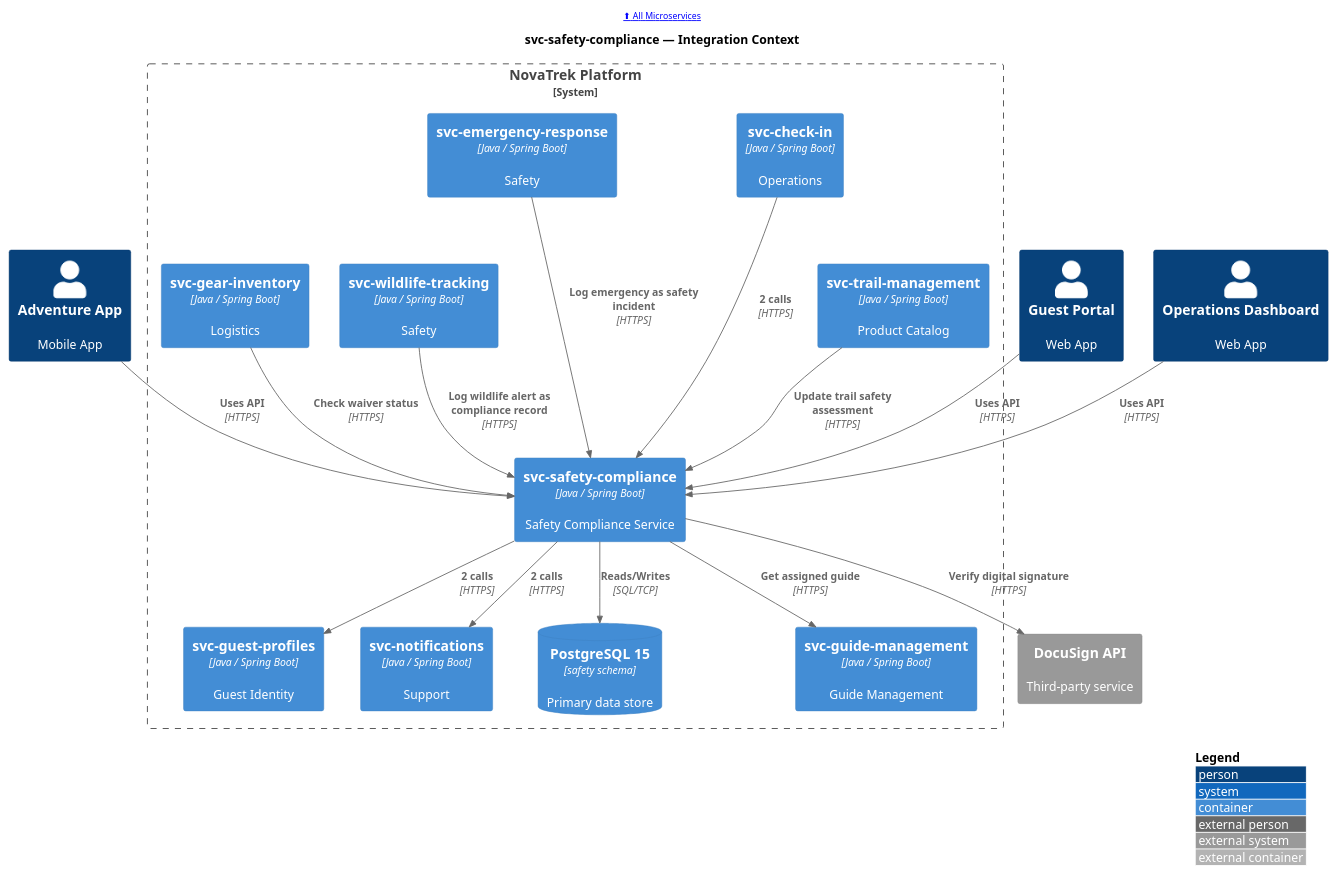
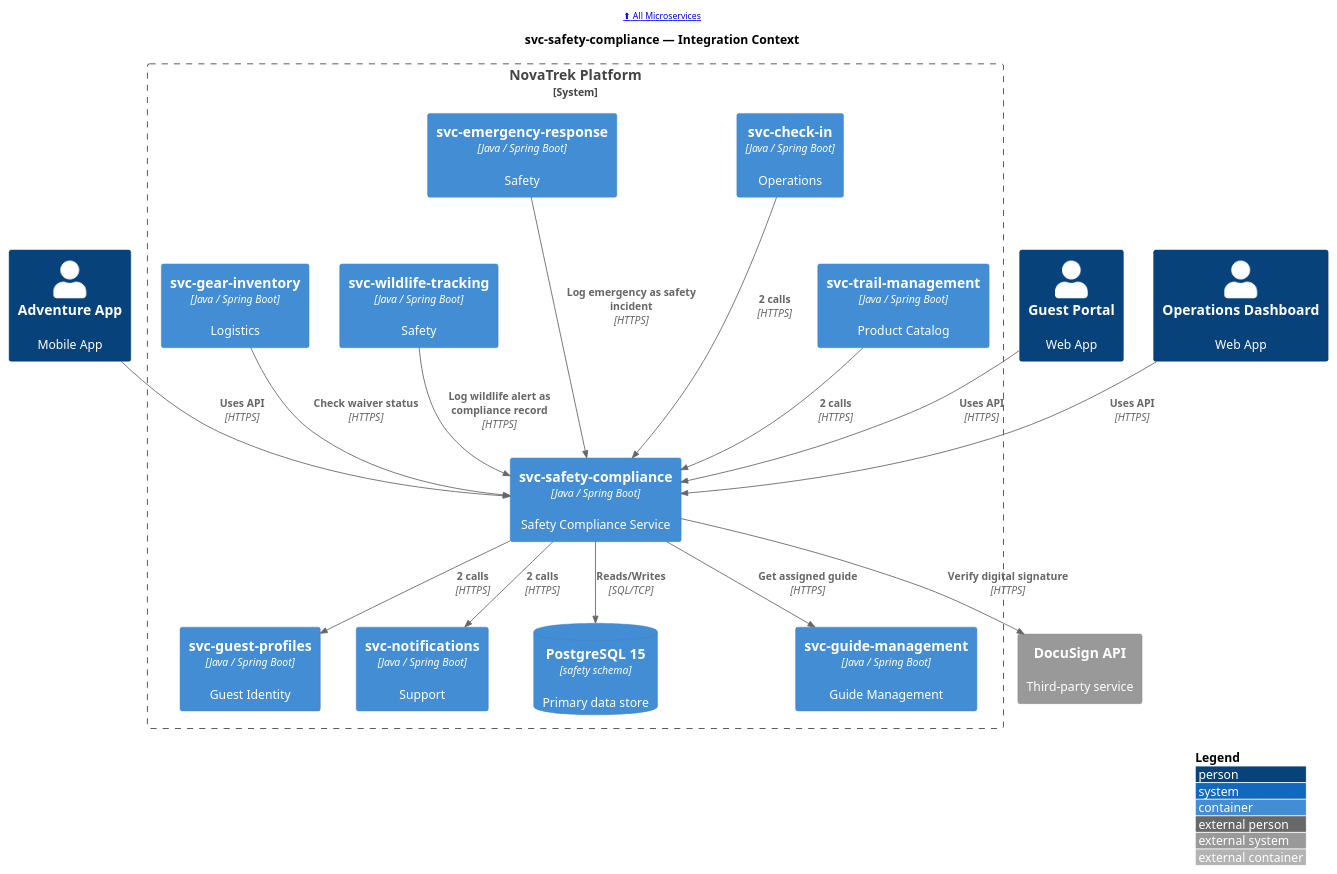
The diagram in portal/docs/microservices/puml/svc-safety-compliance--c4-context.puml (christopherblaisdell/continuous-architecture-platform-poc), drawn with PlantUML before and after one commit. The commit also changed 31 other files, not shown here.

```diff
--- a/portal/docs/microservices/puml/svc-safety-compliance--c4-context.puml
+++ b/portal/docs/microservices/puml/svc-safety-compliance--c4-context.puml
@@ -1,51 +1,51 @@
 @startuml
 !include <c4/C4_Container>
 
 LAYOUT_WITH_LEGEND()
 LAYOUT_TOP_DOWN()
 
 header [[/microservices/ ⬆ All Microservices]]
 
 title svc-safety-compliance — Integration Context
 
 Person(app_guest_mobile, "Adventure App", "Mobile App", $link="/applications/app-guest-mobile/#service-dependencies")
 Person(web_guest_portal, "Guest Portal", "Web App", $link="/applications/web-guest-portal/#service-dependencies")
 Person(web_ops_dashboard, "Operations Dashboard", "Web App", $link="/applications/web-ops-dashboard/#service-dependencies")
 
 System_Boundary(boundary, "NovaTrek Platform") {
     Container(svc_safety_compliance, "svc-safety-compliance", "Java / Spring Boot", "Safety Compliance Service", $link="/microservices/svc-safety-compliance/")
     ContainerDb(svc_safety_compliance_db, "PostgreSQL 15", "safety schema", "Primary data store", $link="/microservices/svc-safety-compliance/#data-store")
     Container(svc_check_in, "svc-check-in", "Java / Spring Boot", "Operations", $link="/microservices/svc-check-in/#integration-context")
     Container(svc_emergency_response, "svc-emergency-response", "Java / Spring Boot", "Safety", $link="/microservices/svc-emergency-response/#integration-context")
     Container(svc_gear_inventory, "svc-gear-inventory", "Java / Spring Boot", "Logistics", $link="/microservices/svc-gear-inventory/#integration-context")
     Container(svc_trail_management, "svc-trail-management", "Java / Spring Boot", "Product Catalog", $link="/microservices/svc-trail-management/#integration-context")
     Container(svc_wildlife_tracking, "svc-wildlife-tracking", "Java / Spring Boot", "Safety", $link="/microservices/svc-wildlife-tracking/#integration-context")
     Container(svc_guest_profiles, "svc-guest-profiles", "Java / Spring Boot", "Guest Identity", $link="/microservices/svc-guest-profiles/#integration-context")
     Container(svc_guide_management, "svc-guide-management", "Java / Spring Boot", "Guide Management", $link="/microservices/svc-guide-management/#integration-context")
     Container(svc_notifications, "svc-notifications", "Java / Spring Boot", "Support", $link="/microservices/svc-notifications/#integration-context")
 }
 
 System_Ext(DocuSign_API, "DocuSign API", "Third-party service", $link="/actors/#docusign-api")
 
 Rel(app_guest_mobile, svc_safety_compliance, "Uses API", "HTTPS")
 Rel(web_guest_portal, svc_safety_compliance, "Uses API", "HTTPS")
 Rel(web_ops_dashboard, svc_safety_compliance, "Uses API", "HTTPS")
 Rel(svc_check_in, svc_safety_compliance, "2 calls", "HTTPS")
 Rel(svc_emergency_response, svc_safety_compliance, "Log emergency as safety incident", "HTTPS")
 Rel(svc_gear_inventory, svc_safety_compliance, "Check waiver status", "HTTPS")
-Rel(svc_trail_management, svc_safety_compliance, "Update trail safety assessment", "HTTPS")
+Rel(svc_trail_management, svc_safety_compliance, "2 calls", "HTTPS")
 Rel(svc_wildlife_tracking, svc_safety_compliance, "Log wildlife alert as compliance record", "HTTPS")
 Rel(svc_safety_compliance, svc_safety_compliance_db, "Reads/Writes", "SQL/TCP")
 Rel(svc_safety_compliance, svc_guest_profiles, "2 calls", "HTTPS")
 Rel(svc_safety_compliance, svc_guide_management, "Get assigned guide", "HTTPS")
 Rel(svc_safety_compliance, svc_notifications, "2 calls", "HTTPS")
 Rel(svc_safety_compliance, DocuSign_API, "Verify digital signature", "HTTPS")
 
 ' Layout hints: stack peers in columns
 Lay_D(svc_check_in, svc_trail_management)
 Lay_D(svc_emergency_response, svc_wildlife_tracking)
 Lay_D(svc_gear_inventory, svc_guest_profiles)
 Lay_D(svc_trail_management, svc_guide_management)
 Lay_D(svc_wildlife_tracking, svc_notifications)
 
 @enduml
```
